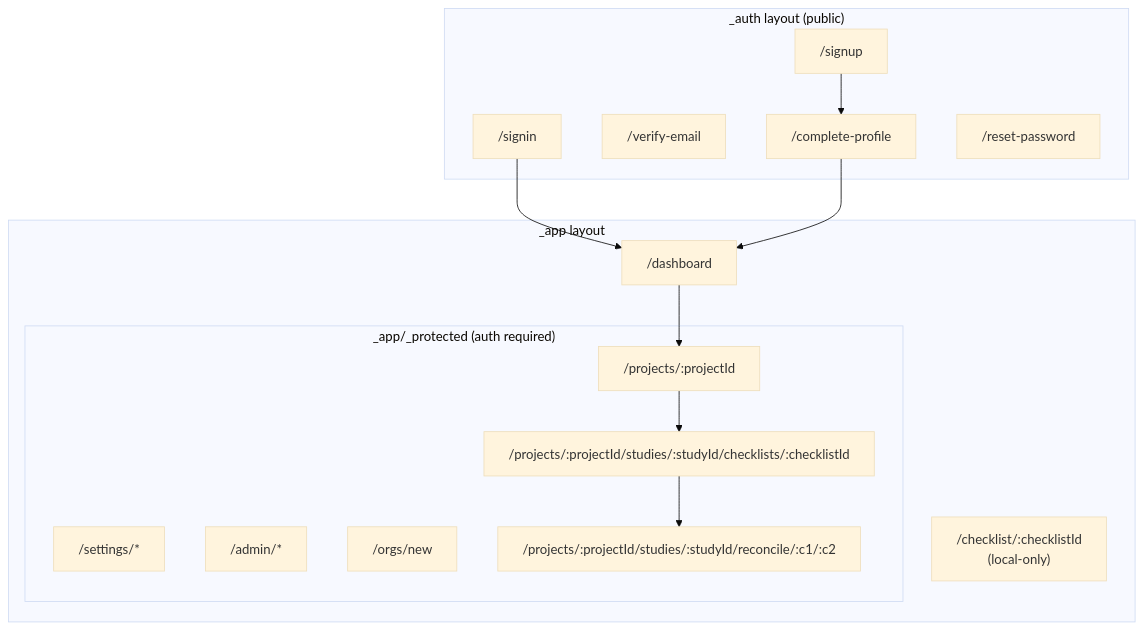
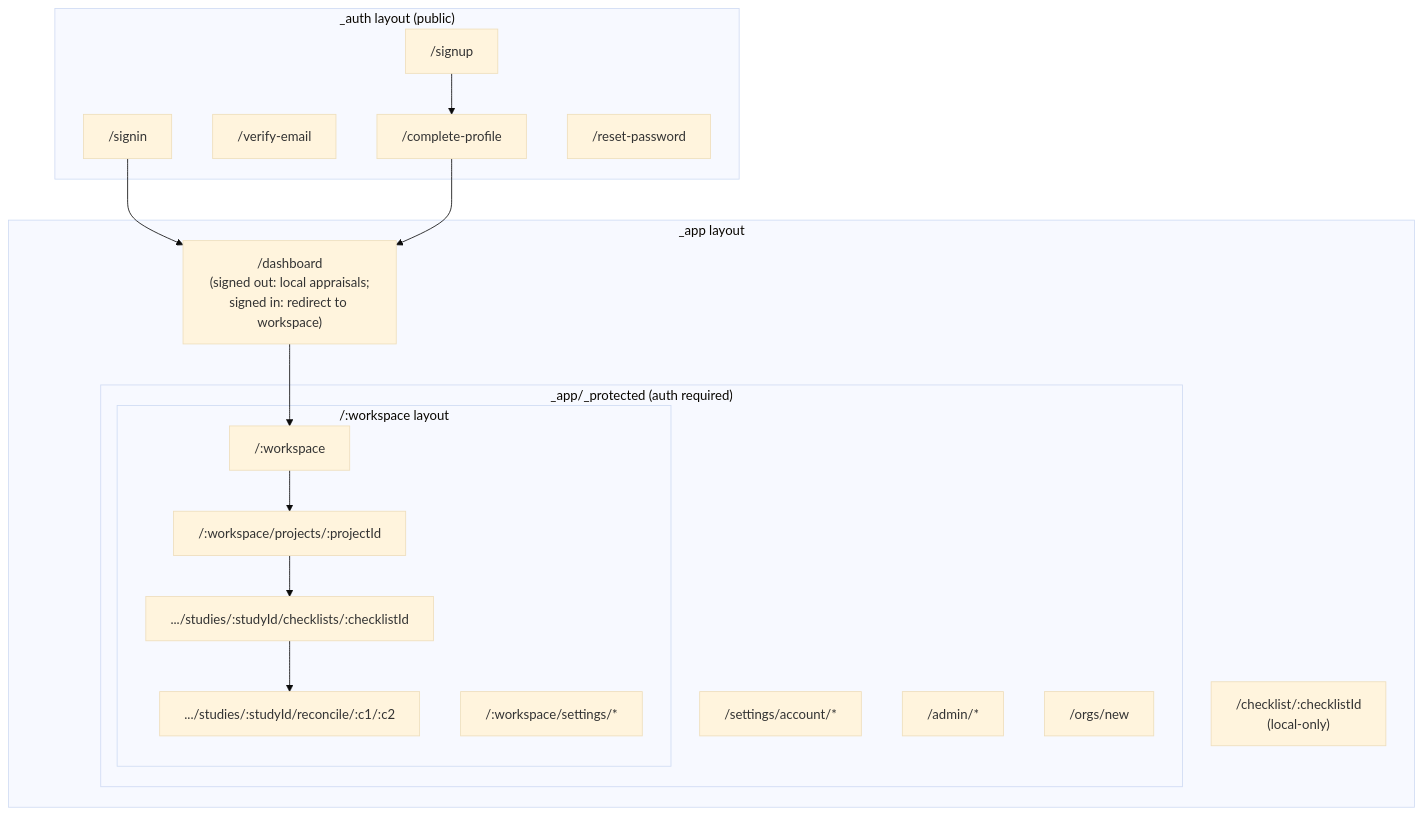
The diagram in packages/docs/architecture/diagrams/05-frontend-routes.md (InfinityBowman/corates), drawn with Mermaid (base theme) before and after one commit. The commit also changed other lines of this file and 61 other files, not shown here.

````diff
--- a/packages/docs/architecture/diagrams/05-frontend-routes.md
+++ b/packages/docs/architecture/diagrams/05-frontend-routes.md
@@ -5,31 +5,36 @@
 ```mermaid
 flowchart TD
     subgraph Public["_auth layout (public)"]
         signin["/signin"]
         signup["/signup"]
         verifyemail["/verify-email"]
         completeprofile["/complete-profile"]
         resetpw["/reset-password"]
     end
 
     subgraph App["_app layout"]
-        dashboard["/dashboard"]
+        dashboard["/dashboard<br/>(signed out: local appraisals;<br/>signed in: redirect to workspace)"]
         localcheck["/checklist/:checklistId<br/>(local-only)"]
 
         subgraph Protected["_app/_protected (auth required)"]
-            settings["/settings/*"]
+            account["/settings/account/*"]
             admin["/admin/*"]
             createorg["/orgs/new"]
-            projectview["/projects/:projectId"]
-            checklistview["/projects/:projectId/studies/:studyId/checklists/:checklistId"]
-            reconcile["/projects/:projectId/studies/:studyId/reconcile/:c1/:c2"]
+            subgraph Workspace["/:workspace layout"]
+                home["/:workspace"]
+                projectview["/:workspace/projects/:projectId"]
+                checklistview[".../studies/:studyId/checklists/:checklistId"]
+                reconcile[".../studies/:studyId/reconcile/:c1/:c2"]
+                wsettings["/:workspace/settings/*"]
+            end
         end
     end
 
     signin --> dashboard
     signup --> completeprofile
     completeprofile --> dashboard
-    dashboard --> projectview
+    dashboard --> home
+    home --> projectview
     projectview --> checklistview
     checklistview --> reconcile
 ```
````
